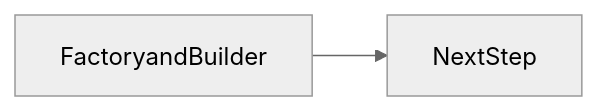
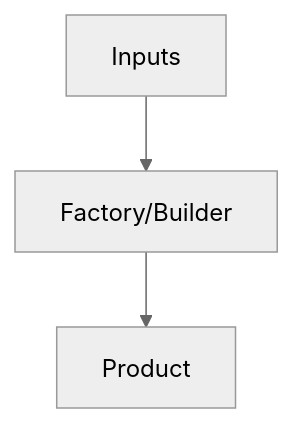
Before and after one commit to OmidJavaherii/Frontend-Engineering-Handbook: the second of 3 diagrams in docs/en/22-design-patterns/factory-and-builder/index.md, drawn with Mermaid (neutral theme). The commit also changed other lines of this file and 461 other files, not shown here.

````diff
--- a/docs/en/22-design-patterns/factory-and-builder/index.md
+++ b/docs/en/22-design-patterns/factory-and-builder/index.md
@@ -94,4 +119,5 @@
 ```mermaid
-flowchart LR
-  concept[FactoryandBuilder] --> nextStep[NextStep]
+flowchart TD
+  n0[Inputs] --> n1[Factory/Builder]
+  n1[Factory/Builder] --> n2[Product]
 ```
````
